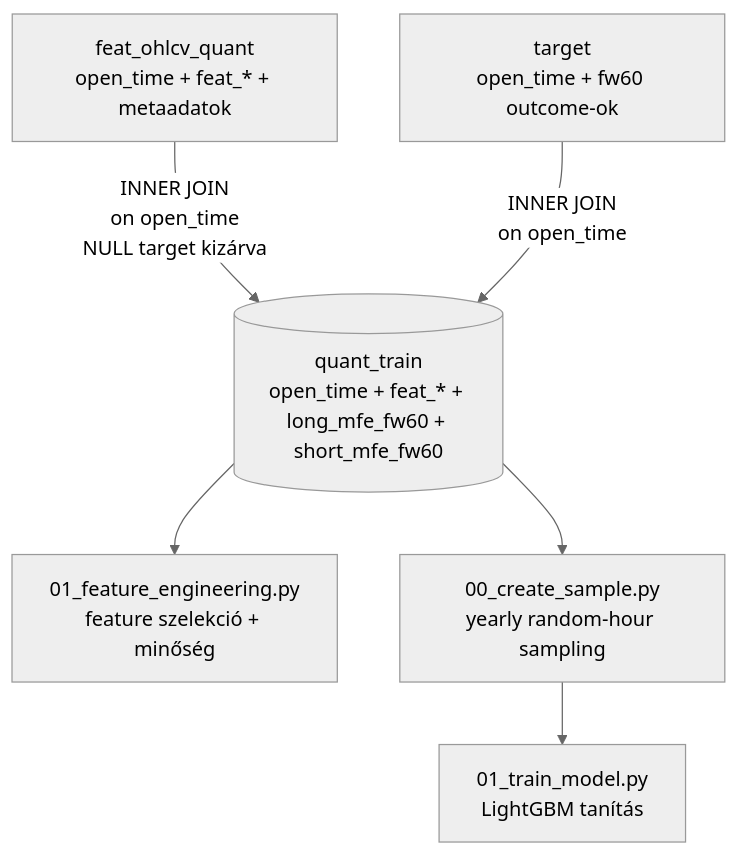
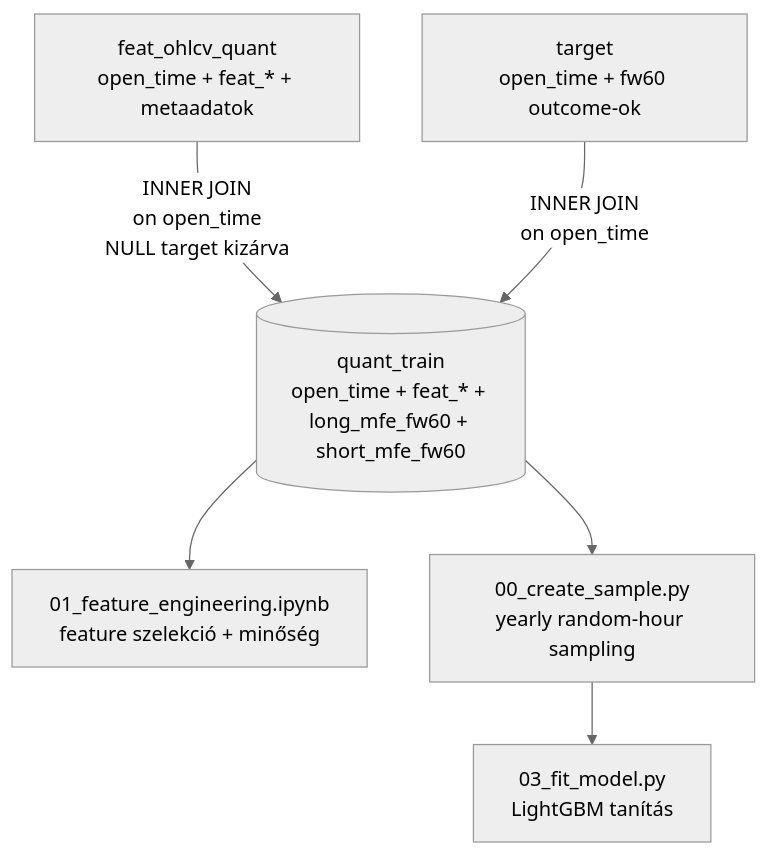
One commit to Nemesis14/chronoquant changed the first of 4 diagrams in _doc_/4000_quant_train.md. Above: the diagram before and after it, drawn with Mermaid (neutral theme). The commit also changed other lines of this file and 973 other files, not shown here.

````diff
--- a/_doc_/4000_quant_train.md
+++ b/_doc_/4000_quant_train.md
@@ -9,15 +9,15 @@
 ```mermaid
 flowchart TD
   F[feat_ohlcv_quant\nopen_time + feat_* + metaadatok]
   T[target\nopen_time + fw60 outcome-ok]
   QT[(quant_train\nopen_time + feat_* + long_mfe_fw60 + short_mfe_fw60)]
-  FE[01_feature_engineering.py\nfeature szelekció + minőség]
+  FE[01_feature_engineering.ipynb\nfeature szelekció + minőség]
   SM[00_create_sample.py\nyearly random-hour sampling]
-  LGBM[01_train_model.py\nLightGBM tanítás]
+  LGBM[03_fit_model.py\nLightGBM tanítás]
 
   F -->|INNER JOIN\non open_time\nNULL target kizárva| QT
   T -->|INNER JOIN\non open_time| QT
   QT --> FE
   QT --> SM
   SM --> LGBM
 ```
````
